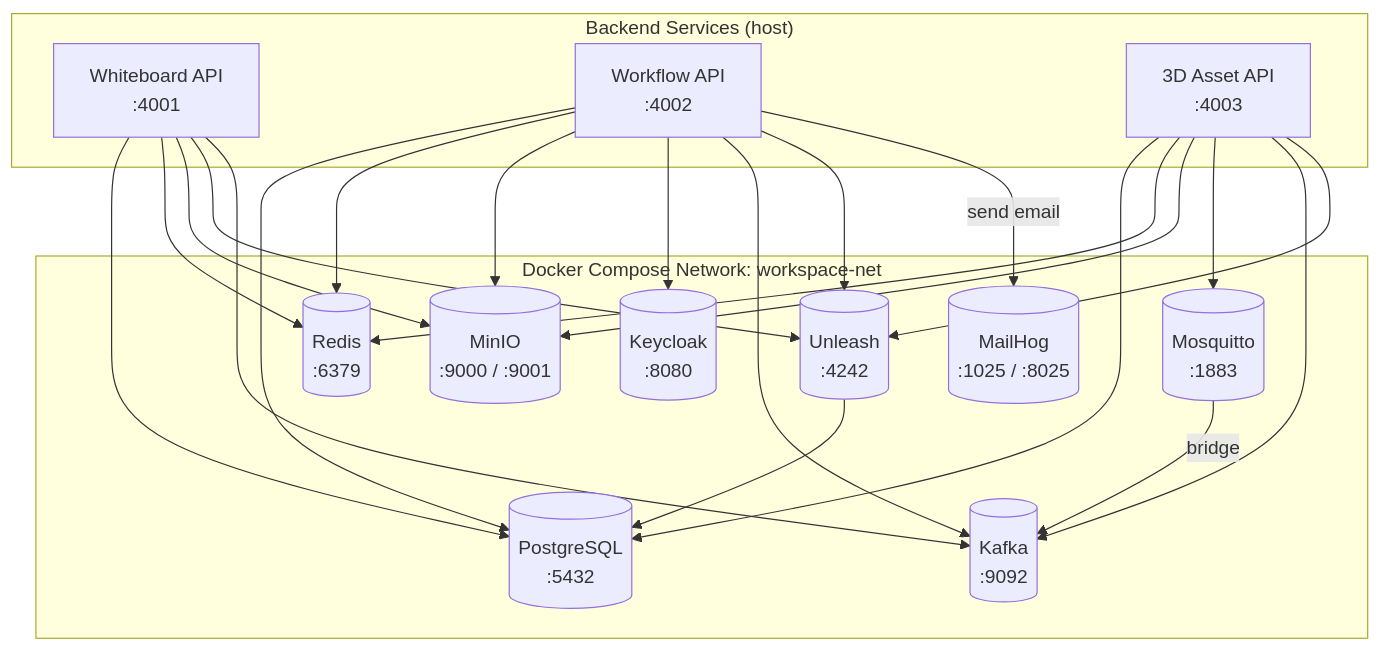
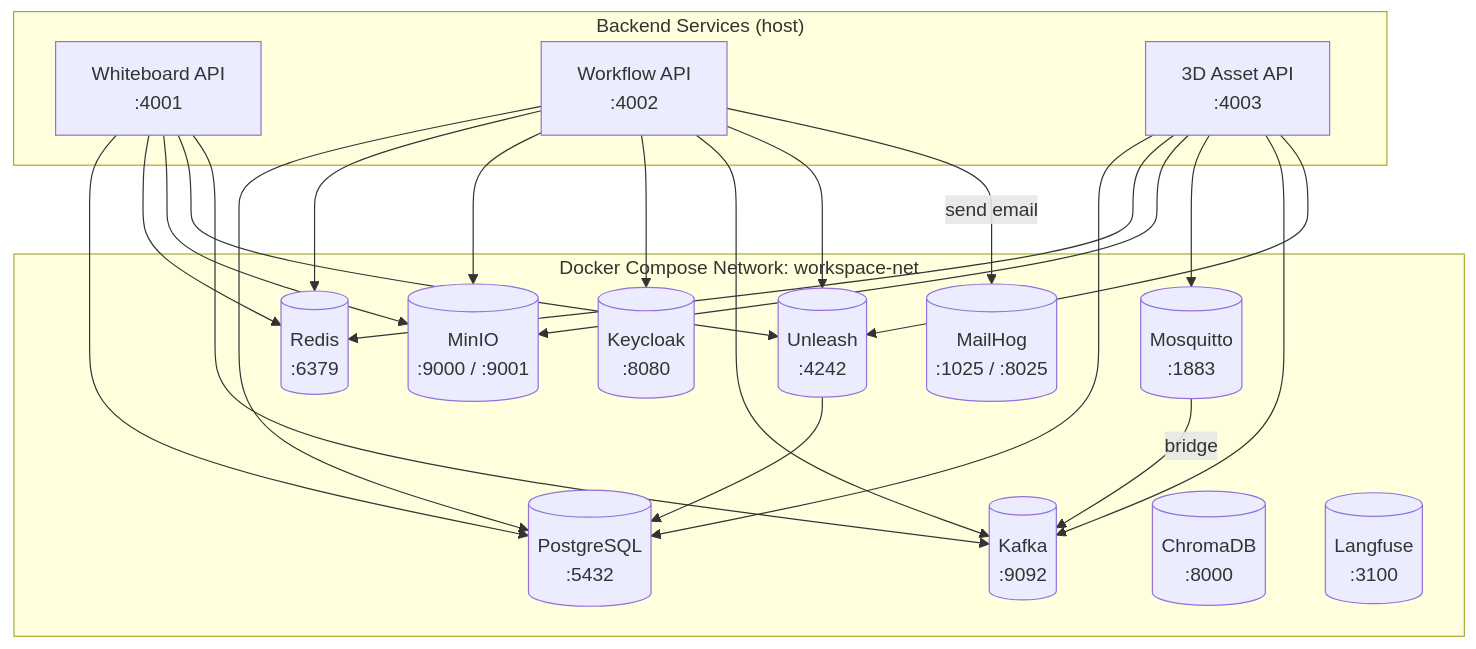
Before and after one commit to Eyolf6Coyote7/Eyolf6Coyote7: the diagram in docs/global_infra.md, drawn with Mermaid. The commit also changed other lines of this file and 1 other file, not shown here.

First line of the commit message:
📘docs#29: add full AI/LLM pipeline (RAG, MCP, ChromaDB, Langfuse, LoRA fine-tuning)

````diff
--- a/docs/global_infra.md
+++ b/docs/global_infra.md
@@ -9,40 +9,42 @@
 ```mermaid
 graph TD
   subgraph "Docker Compose Network: workspace-net"
     PG[(PostgreSQL<br/>:5432)]
     RD[(Redis<br/>:6379)]
     MIO[(MinIO<br/>:9000 / :9001)]
     KC[(Keycloak<br/>:8080)]
     MQ[(Mosquitto<br/>:1883)]
     KF[(Kafka<br/>:9092)]
     UL[(Unleash<br/>:4242)]
     MH[(MailHog<br/>:1025 / :8025)]
+    CHR[(ChromaDB<br/>:8000)]
+    LF[(Langfuse<br/>:3100)]
   end
 
   subgraph "Backend Services (host)"
     WB[Whiteboard API<br/>:4001]
     WF[Workflow API<br/>:4002]
     TD[3D Asset API<br/>:4003]
   end
 
   WB --> PG
   WB --> RD
   WB --> MIO
   WB --> UL
   WB --> KF
   WF --> PG
   WF --> RD
   WF --> MIO
   WF --> KC
   WF --> KF
   WF --> UL
   WF -->|send email| MH
   TD --> PG
   TD --> RD
   TD --> MIO
   TD --> MQ
   MQ -->|bridge| KF
   TD --> KF
   TD --> UL
   UL --> PG
 ```
````
